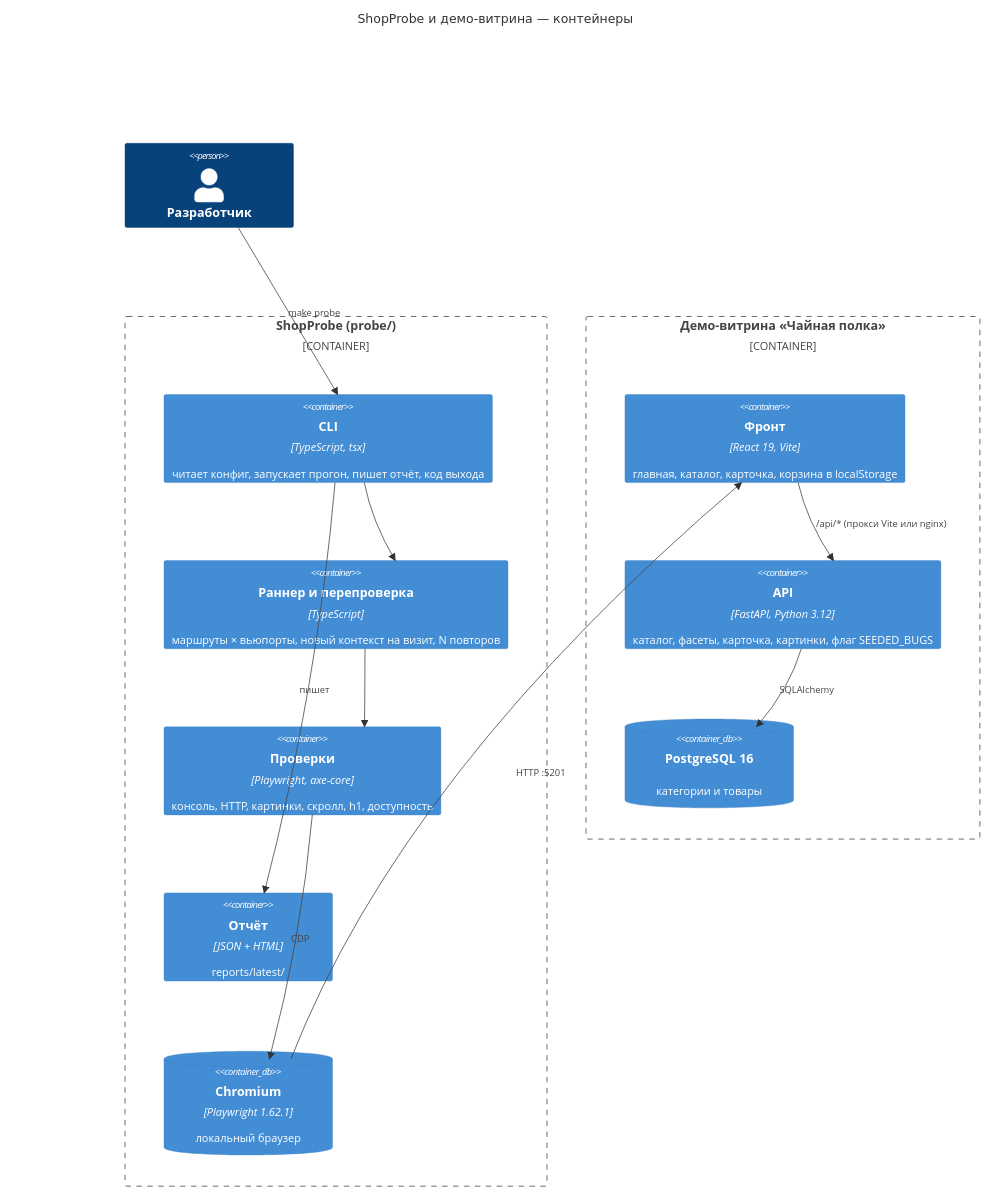
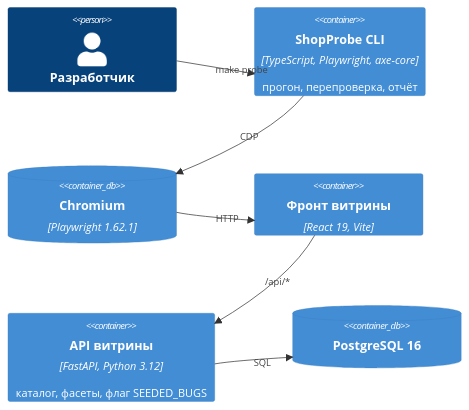
One commit to Georgy213123/ai-product-engineering changed the second of 2 diagrams in projects/02-shopprobe/docs/03-design/architecture.md. Above: the diagram before and after it, drawn with Mermaid. The commit also changed other lines of this file and 17 other files, not shown here.

````diff
--- a/projects/02-shopprobe/docs/03-design/architecture.md
+++ b/projects/02-shopprobe/docs/03-design/architecture.md
@@ -24,25 +23,14 @@
 ```mermaid
 C4Container
-  title ShopProbe и демо-витрина — контейнеры
   Person(dev, "Разработчик")
-  Container_Boundary(p, "ShopProbe (probe/)") {
-    Container(cli, "CLI", "TypeScript, tsx", "читает конфиг, запускает прогон, пишет отчёт, код выхода")
-    Container(runner, "Раннер и перепроверка", "TypeScript", "маршруты × вьюпорты, новый контекст на визит, N повторов")
-    Container(checks, "Проверки", "Playwright, axe-core", "консоль, HTTP, картинки, скролл, h1, доступность")
-    Container(report, "Отчёт", "JSON + HTML", "reports/latest/")
-    ContainerDb(chromium, "Chromium", "Playwright 1.62.1", "локальный браузер")
-  }
-  Container_Boundary(s, "Демо-витрина «Чайная полка»") {
-    Container(web, "Фронт", "React 19, Vite", "главная, каталог, карточка, корзина в localStorage")
-    Container(api, "API", "FastAPI, Python 3.12", "каталог, фасеты, карточка, картинки, флаг SEEDED_BUGS")
-    ContainerDb(db, "PostgreSQL 16", "", "категории и товары")
-  }
-  Rel(dev, cli, "make probe")
-  Rel(cli, runner, "")
-  Rel(runner, checks, "")
-  Rel(checks, chromium, "CDP")
-  Rel(chromium, web, "HTTP :5201")
-  Rel(web, api, "/api/* (прокси Vite или nginx)")
-  Rel(api, db, "SQLAlchemy")
-  Rel(cli, report, "пишет")
+  Container(probe, "ShopProbe CLI", "TypeScript, Playwright, axe-core", "прогон, перепроверка, отчёт")
+  ContainerDb(chromium, "Chromium", "Playwright 1.62.1")
+  Container(web, "Фронт витрины", "React 19, Vite")
+  Container(api, "API витрины", "FastAPI, Python 3.12", "каталог, фасеты, флаг SEEDED_BUGS")
+  ContainerDb(db, "PostgreSQL 16", "")
+  Rel(dev, probe, "make probe")
+  Rel(probe, chromium, "CDP")
+  Rel(chromium, web, "HTTP")
+  Rel(web, api, "/api/*")
+  Rel(api, db, "SQL")
 ```
````
